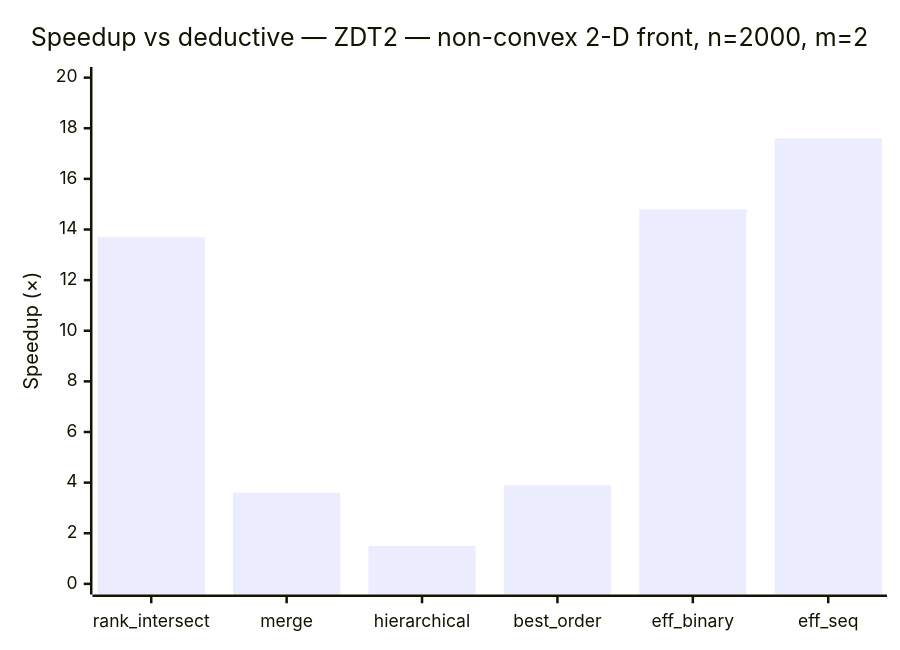
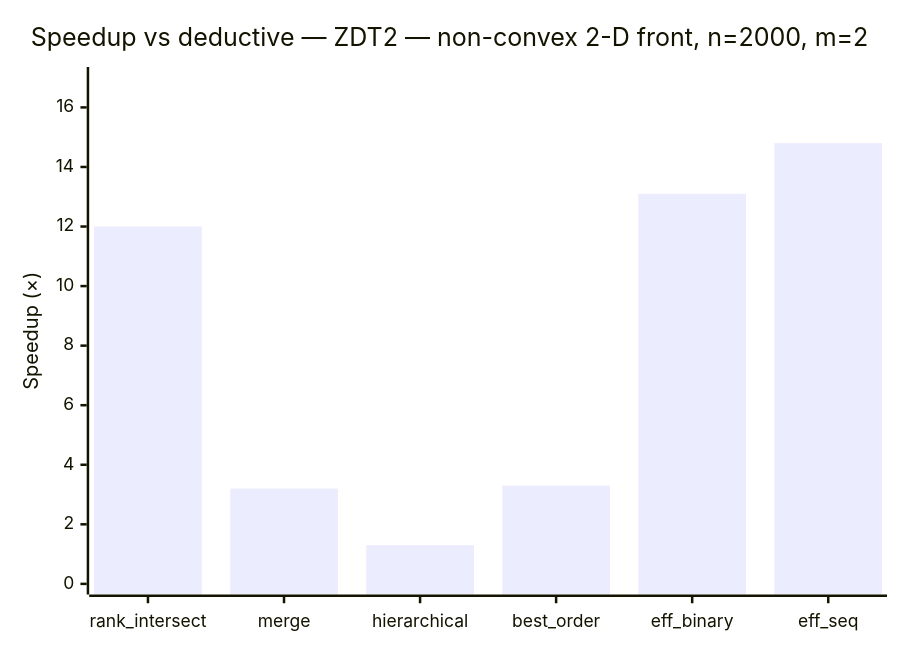
Before and after one commit to foolnotion/ndsort: the eighth of 8 diagrams in BENCHMARKS.md, drawn with Mermaid. The commit also changed other lines of this file and 4 other files, not shown here.

````diff
--- a/BENCHMARKS.md
+++ b/BENCHMARKS.md
@@ -209,7 +206,7 @@
 ```mermaid
 xychart-beta
     title "Speedup vs deductive — ZDT2 — non-convex 2-D front, n=2000, m=2"
     x-axis ["rank_intersect", "merge", "hierarchical", "best_order", "eff_binary", "eff_seq"]
-    y-axis "Speedup (×)" 0 --> 20
-    bar [13.7, 3.6, 1.5, 3.9, 14.8, 17.6]
+    y-axis "Speedup (×)" 0 --> 17
+    bar [12.0, 3.2, 1.3, 3.3, 13.1, 14.8]
 ```
````
